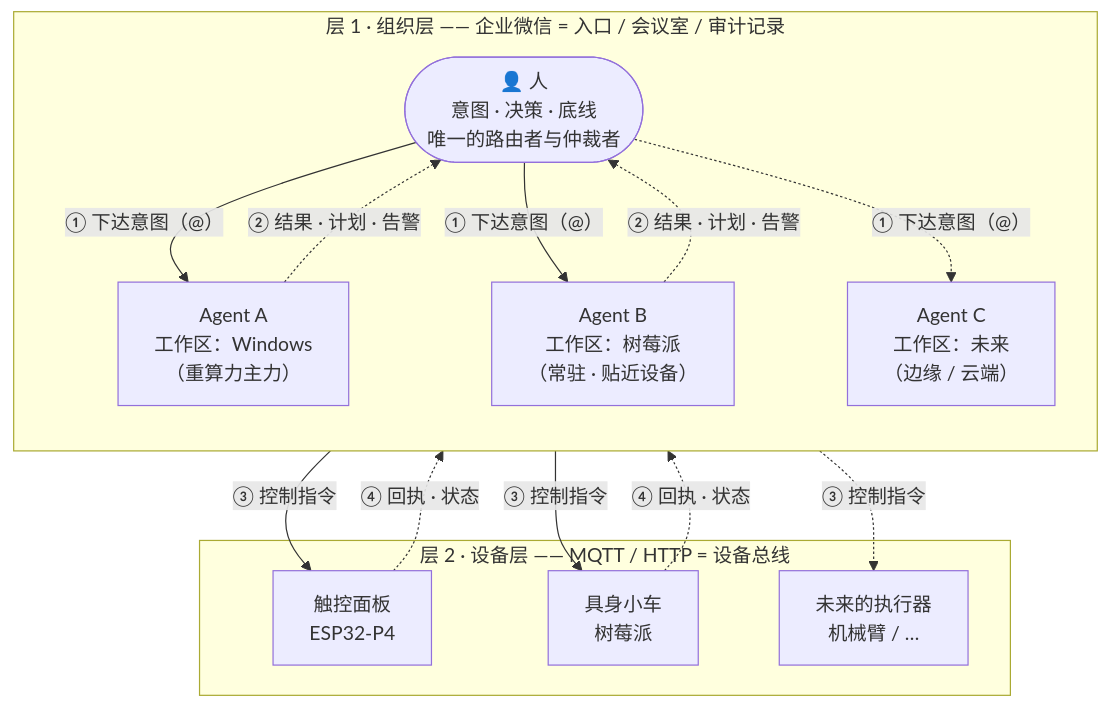
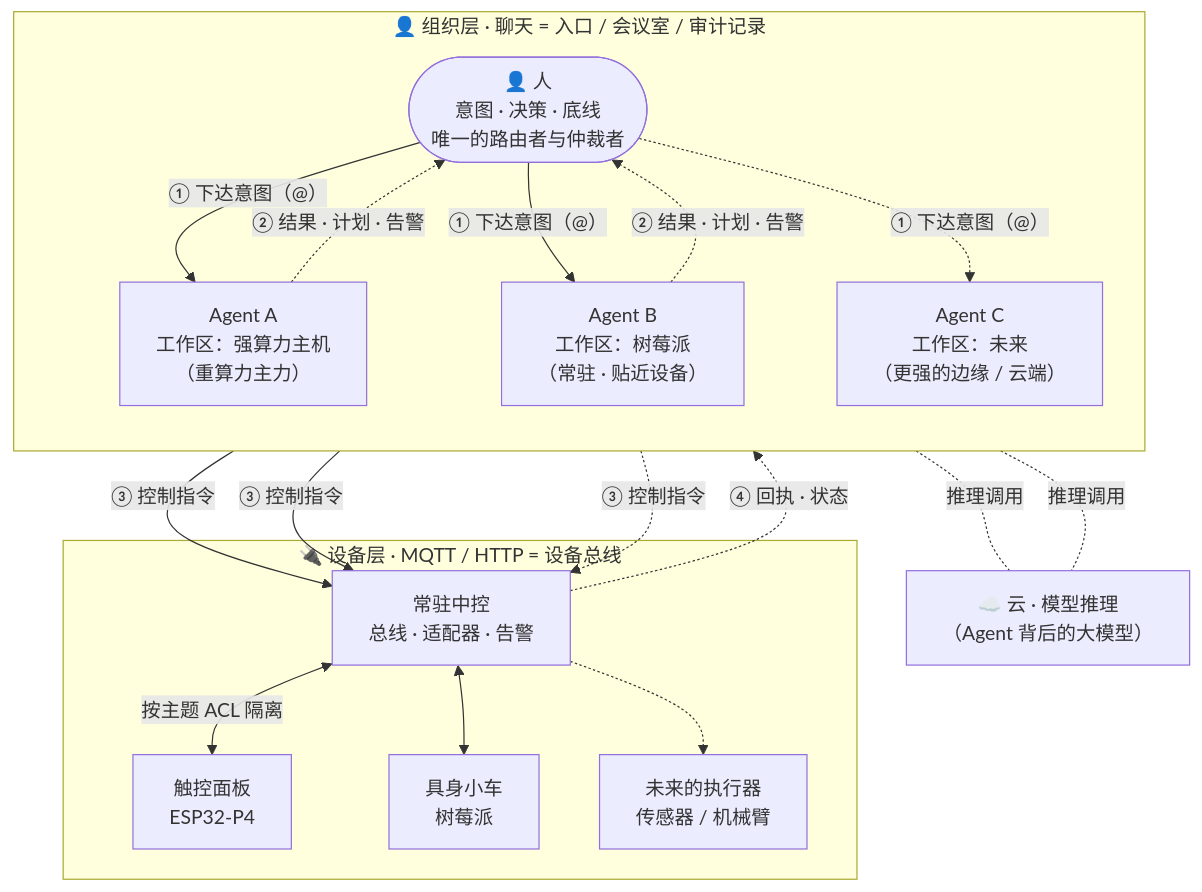
Before and after one commit to Ly-FirmwareLab/Agent-Ops-Architecture: the first of 2 diagrams in docs/architecture.md, drawn with Mermaid. The commit also changed other lines of this file and 6 other files, not shown here.

````diff
--- a/docs/architecture.md
+++ b/docs/architecture.md
@@ -11,28 +16,35 @@
 ```mermaid
 flowchart TB
-    subgraph L1["层 1 · 组织层 —— 企业微信 = 入口 / 会议室 / 审计记录"]
+    subgraph ORG["👤 组织层 · 聊天 = 入口 / 会议室 / 审计记录"]
         direction TB
         H(["👤 人<br/>意图 · 决策 · 底线<br/>唯一的路由者与仲裁者"])
-        A1["Agent A<br/>工作区：Windows<br/>（重算力主力）"]
+        A1["Agent A<br/>工作区：强算力主机<br/>（重算力主力）"]
         A2["Agent B<br/>工作区：树莓派<br/>（常驻 · 贴近设备）"]
-        A3["Agent C<br/>工作区：未来<br/>（边缘 / 云端）"]
+        A3["Agent C<br/>工作区：未来<br/>（更强的边缘 / 云端）"]
 
         H -- "① 下达意图（@）" --> A1
         H -- "① 下达意图（@）" --> A2
         H -. "① 下达意图（@）" .-> A3
         A1 -. "② 结果 · 计划 · 告警" .-> H
         A2 -. "② 结果 · 计划 · 告警" .-> H
     end
 
-    subgraph L2["层 2 · 设备层 —— MQTT / HTTP = 设备总线"]
+    subgraph DEV["🔌 设备层 · MQTT / HTTP = 设备总线"]
+        HUB["常驻中控<br/>总线 · 适配器 · 告警"]
         D1["触控面板<br/>ESP32-P4"]
         D2["具身小车<br/>树莓派"]
-        D3["未来的执行器<br/>机械臂 / …"]
+        D3["未来的执行器<br/>传感器 / 机械臂"]
+        HUB <-->|"按主题 ACL 隔离"| D1
+        HUB <--> D2
+        HUB -.-> D3
     end
 
-    A1 -- "③ 控制指令" --> D1
-    D1 -. "④ 回执 · 状态" .-> A1
-    A2 -- "③ 控制指令" --> D2
-    D2 -. "④ 回执 · 状态" .-> A2
-    A3 -. "③ 控制指令" .-> D3
+    A1 -- "③ 控制指令" --> HUB
+    A2 -- "③ 控制指令" --> HUB
+    A3 -. "③ 控制指令" .-> HUB
+    HUB -. "④ 回执 · 状态" .-> A1
+
+    CLOUD["☁️ 云 · 模型推理<br/>（Agent 背后的大模型）"]
+    A1 -. "推理调用" .- CLOUD
+    A2 -. "推理调用" .- CLOUD
 ```
````
